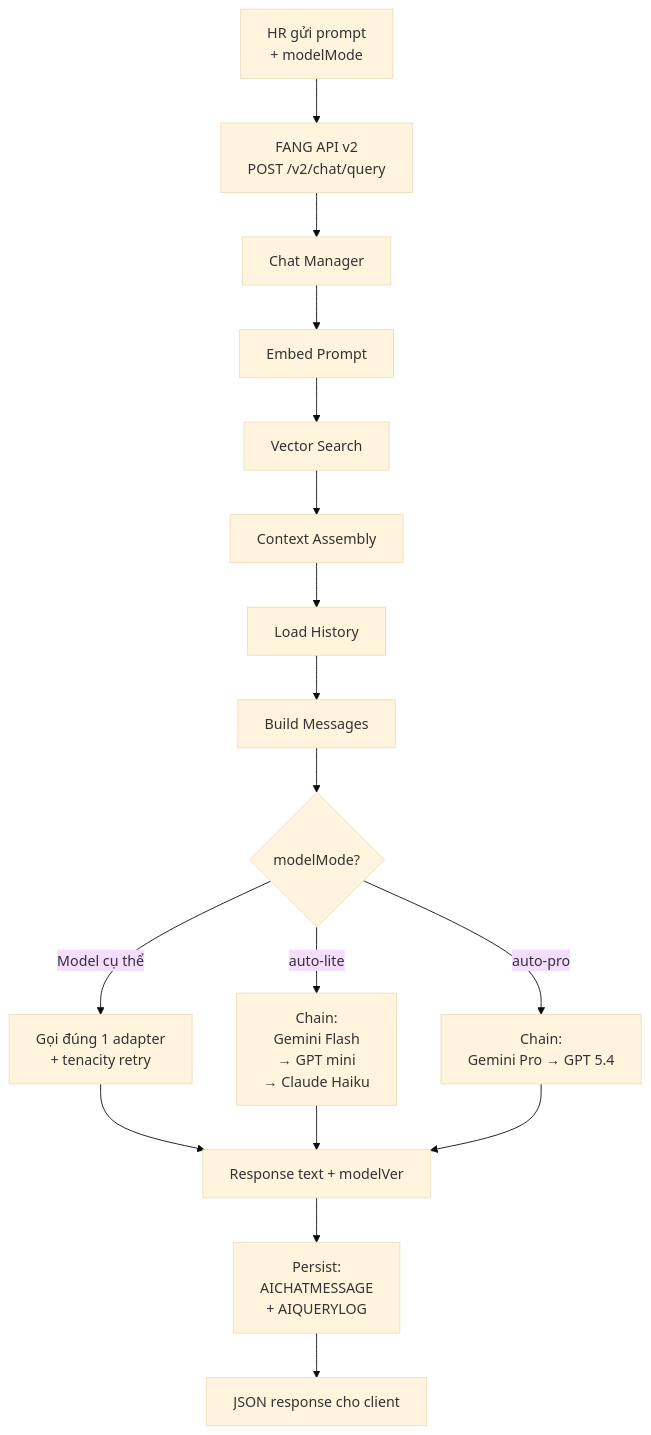
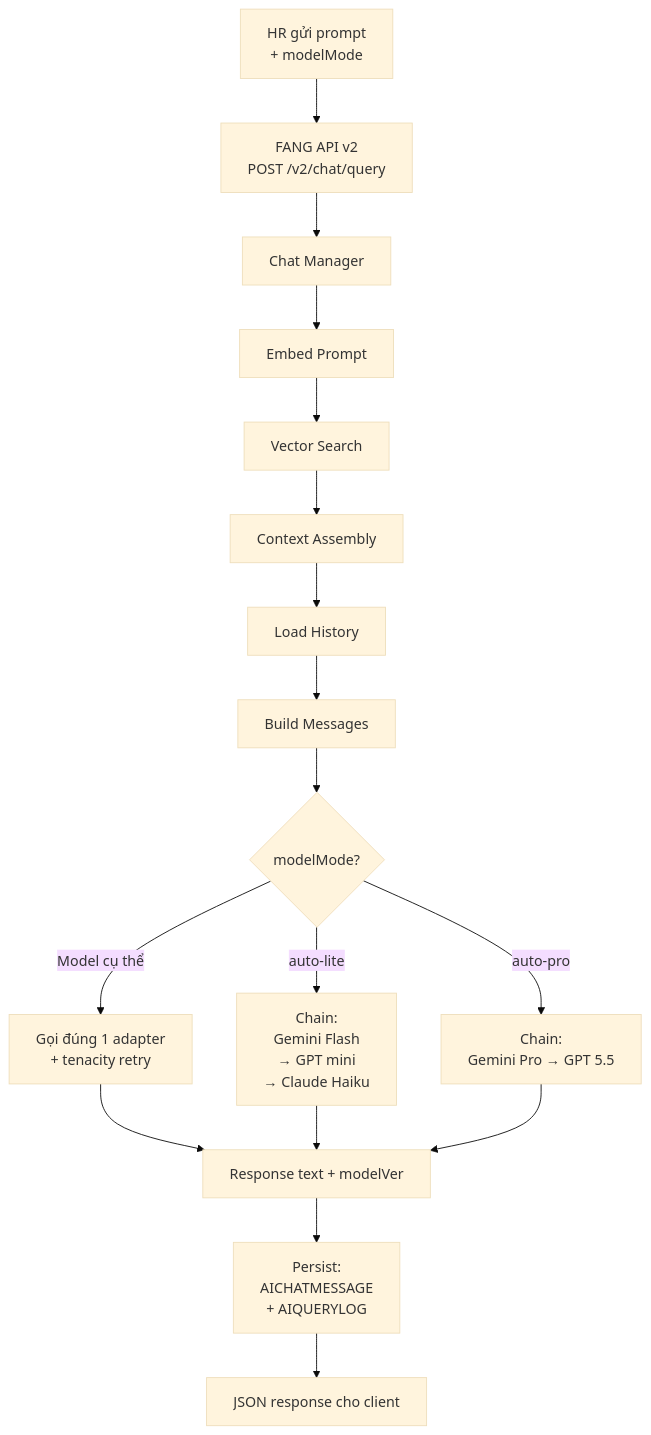
One commit to PTIT-TTCS-Team-5/Fang changed the first of 3 diagrams in docs/strategy/rag_query_strategy.md. Above: the diagram before and after it, drawn with Mermaid (base theme). The commit also changed 22 other files, not shown here.

````diff
--- a/docs/strategy/rag_query_strategy.md
+++ b/docs/strategy/rag_query_strategy.md
@@ -15,22 +15,22 @@
 ```mermaid
 flowchart TD
     A[HR gửi prompt<br/> + modelMode] --> B["FANG API v2\nPOST /v2/chat/query"]
     B --> C[Chat Manager]
     C --> D[Embed Prompt]
     D --> E["Vector Search"]
     E --> F[Context Assembly]
     F --> G[Load History]
     G --> H[Build Messages]
     H --> I{modelMode?}
     
     I -->|Model cụ thể| J[Gọi đúng 1 adapter<br/> + tenacity retry]
     I -->|auto-lite| K["Chain:<br/> Gemini Flash <br/>→ GPT mini <br/>→ Claude Haiku"]
-    I -->|auto-pro| L["Chain:<br/> Gemini Pro → GPT 5.4"]
+    I -->|auto-pro| L["Chain:<br/> Gemini Pro → GPT 5.5"]
     
     J --> M[Response text + modelVer]
     K --> M
     L --> M
     
     M --> N[Persist: <br/>AICHATMESSAGE<br/> + AIQUERYLOG]
     N --> O[JSON response cho client]
 ```
````
